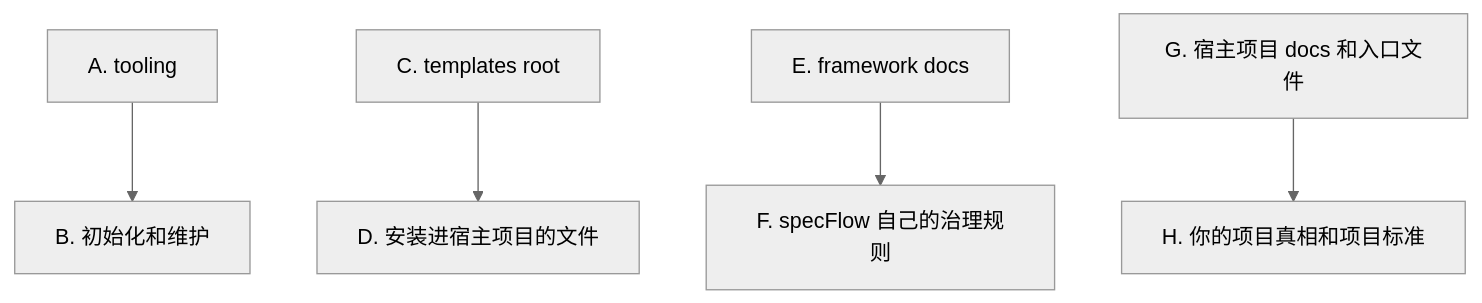
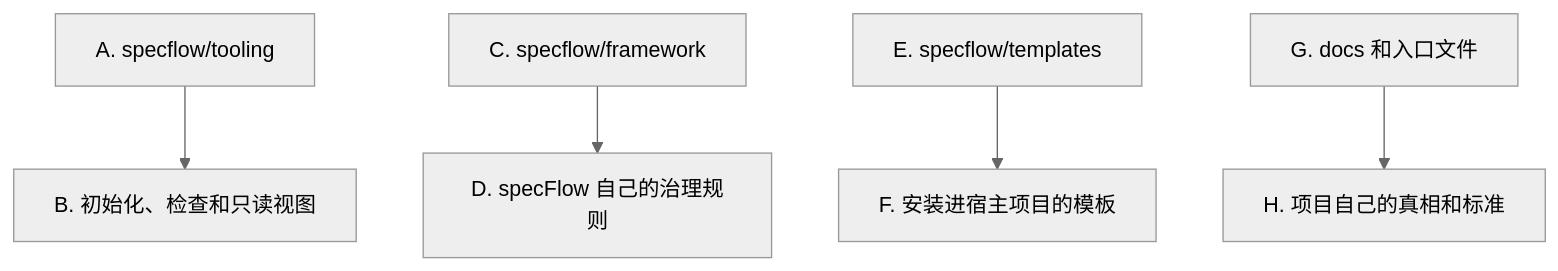
The fourth of 4 diagrams in README.zh-CN.md (mfblog/specflow), drawn with Mermaid (neutral theme) before and after one commit. The commit also changed other lines of this file and 1 other file, not shown here.

Commit message:
docs:update specflow readme

````diff
--- a/README.zh-CN.md
+++ b/README.zh-CN.md
@@ -527,7 +394,7 @@
 ```mermaid
 flowchart TD
-    A["A. tooling"] --> B["B. 初始化和维护"]
-    C["C. templates root"] --> D["D. 安装进宿主项目的文件"]
-    E["E. framework docs"] --> F["F. specFlow 自己的治理规则"]
-    G["G. 宿主项目 docs 和入口文件"] --> H["H. 你的项目真相和项目标准"]
+    A["A. specflow/tooling"] --> B["B. 初始化、检查和只读视图"]
+    C["C. specflow/framework"] --> D["D. specFlow 自己的治理规则"]
+    E["E. specflow/templates"] --> F["F. 安装进宿主项目的模板"]
+    G["G. docs 和入口文件"] --> H["H. 项目自己的真相和标准"]
 ```
````
